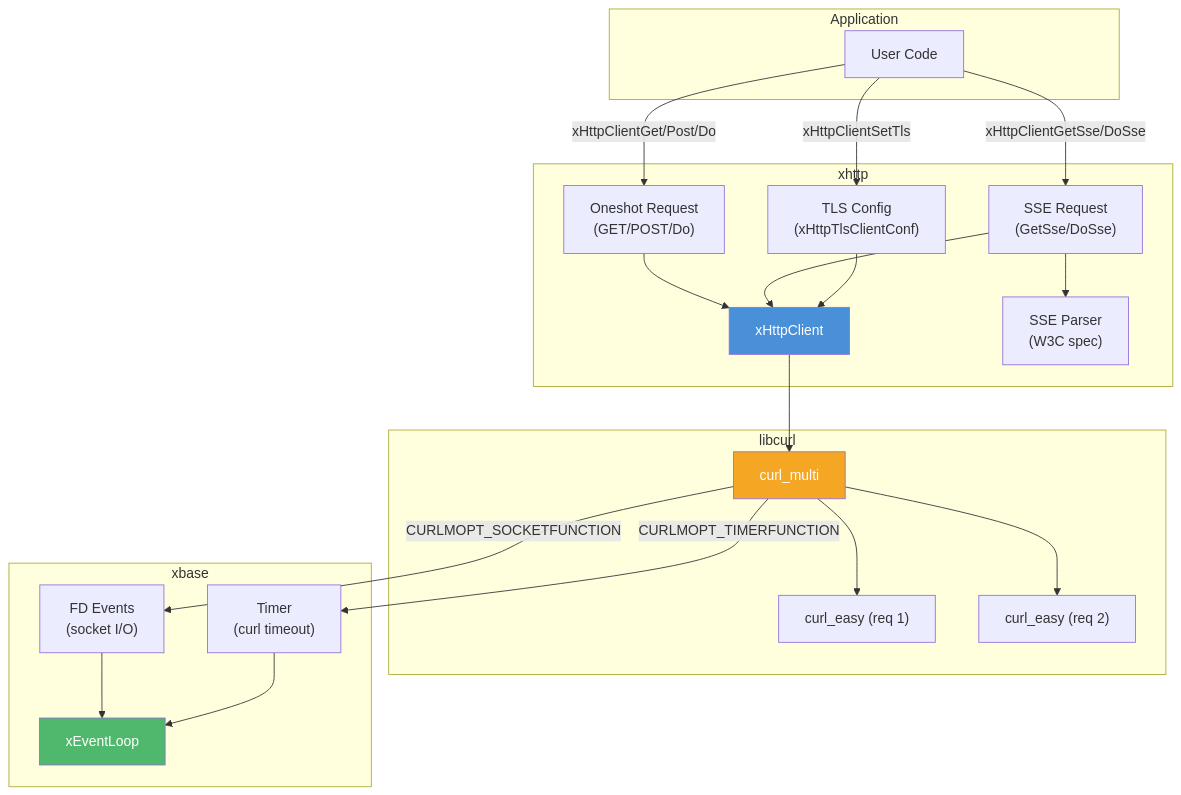
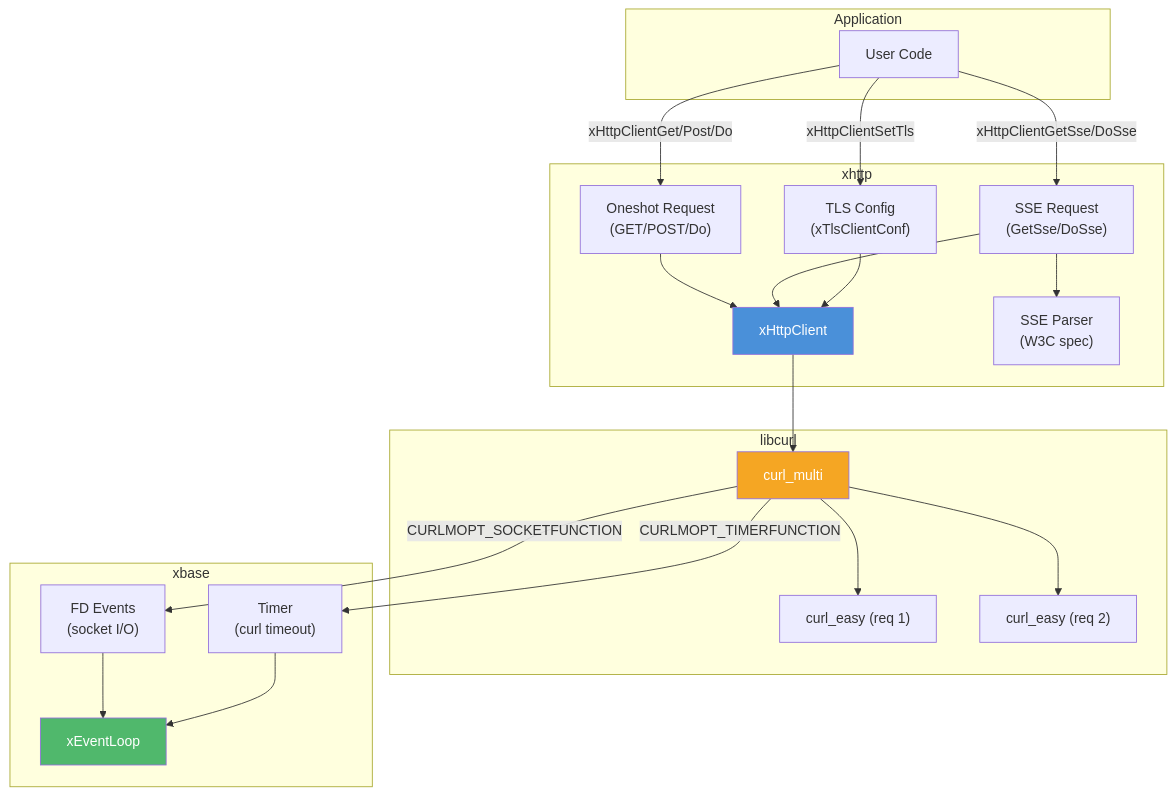
Before and after one commit to mivinci/DownloadKit: the diagram in docs/xhttp/README.md, drawn with Mermaid. The commit also changed other lines of this file and 29 other files, not shown here.

First line of the commit message:
refactor: unify TLS config naming and update docs

````diff
--- a/docs/xhttp/README.md
+++ b/docs/xhttp/README.md
@@ -23,45 +23,45 @@
 ```mermaid
 graph TD
     subgraph "Application"
         APP["User Code"]
     end
 
     subgraph "xhttp"
         CLIENT["xHttpClient"]
-        TLS_CLI["TLS Config<br/>(xHttpTlsClientConf)"]
+        TLS_CLI["TLS Config<br/>(xTlsClientConf)"]
         ONESHOT["Oneshot Request<br/>(GET/POST/Do)"]
         SSE["SSE Request<br/>(GetSse/DoSse)"]
         PARSER["SSE Parser<br/>(W3C spec)"]
     end
 
     subgraph "libcurl"
         MULTI["curl_multi"]
         EASY1["curl_easy (req 1)"]
         EASY2["curl_easy (req 2)"]
     end
 
     subgraph "xbase"
         LOOP["xEventLoop"]
         TIMER["Timer<br/>(curl timeout)"]
         FD["FD Events<br/>(socket I/O)"]
     end
 
     APP -->|"xHttpClientGet/Post/Do"| ONESHOT
     APP -->|"xHttpClientGetSse/DoSse"| SSE
     APP -->|"xHttpClientSetTls"| TLS_CLI
     SSE --> PARSER
     ONESHOT --> CLIENT
     SSE --> CLIENT
     TLS_CLI --> CLIENT
     CLIENT --> MULTI
     MULTI --> EASY1
     MULTI --> EASY2
     MULTI -->|"CURLMOPT_SOCKETFUNCTION"| FD
     MULTI -->|"CURLMOPT_TIMERFUNCTION"| TIMER
     FD --> LOOP
     TIMER --> LOOP
 
     style CLIENT fill:#4a90d9,color:#fff
     style LOOP fill:#50b86c,color:#fff
     style MULTI fill:#f5a623,color:#fff
 ```
````
